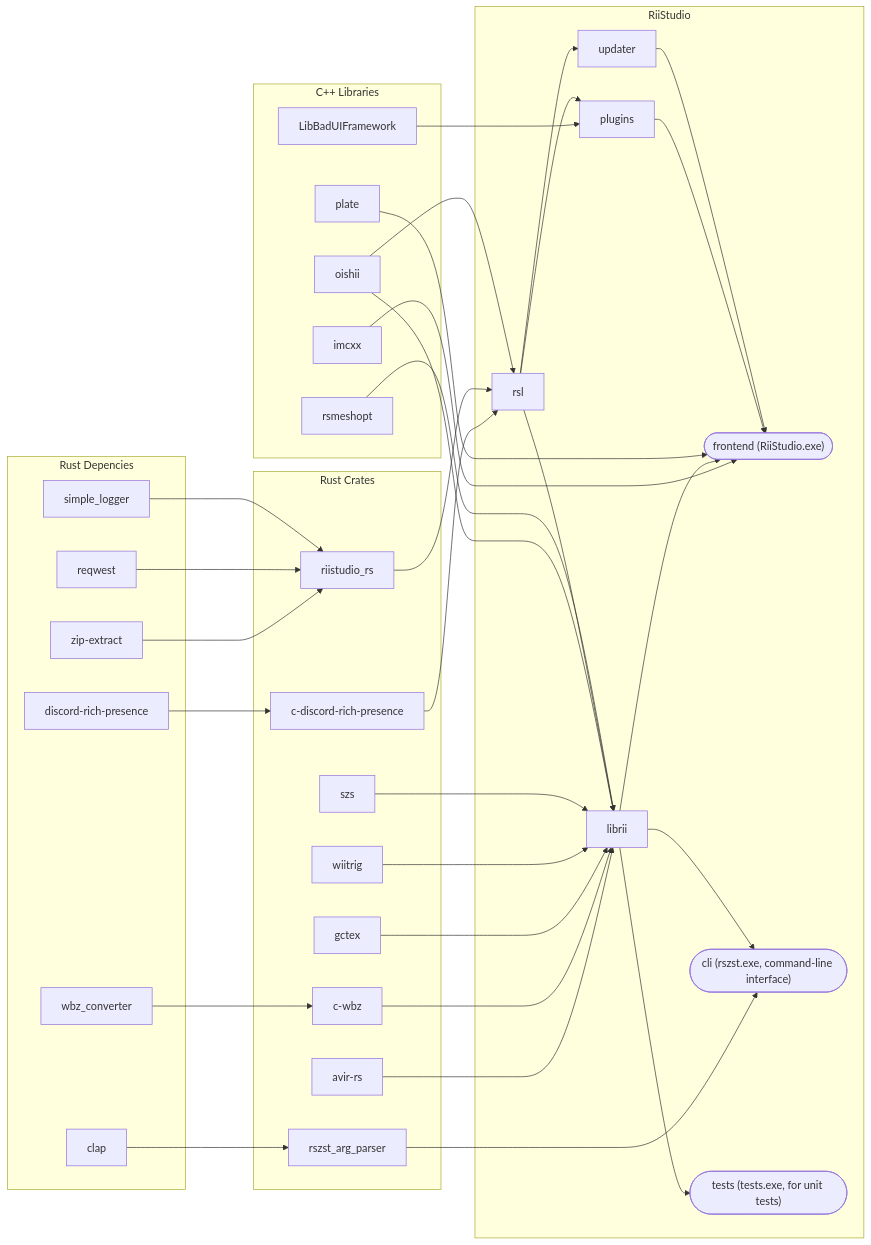
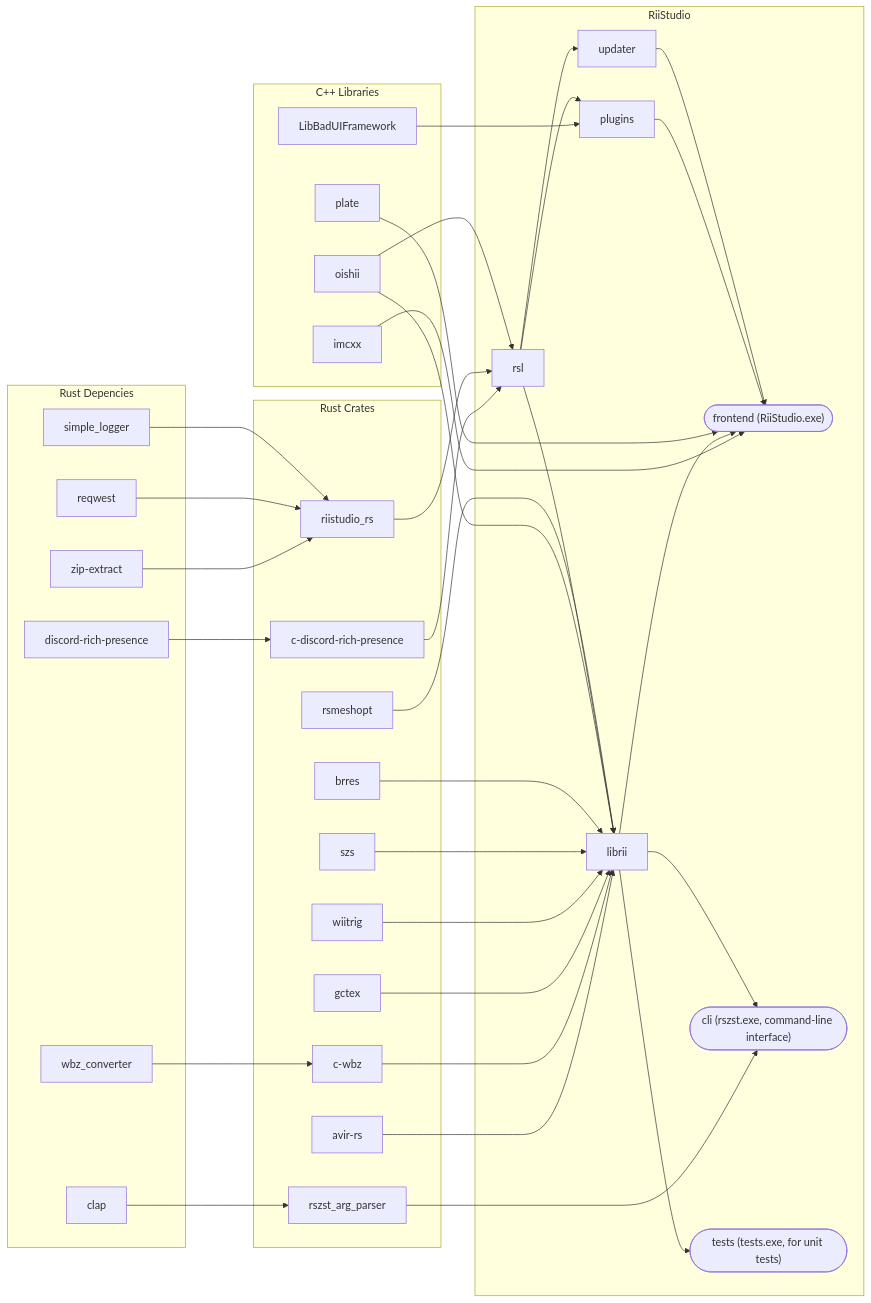
One commit to riidefi/RiiStudio changed the first of 2 diagrams in source/README.md. Above: the diagram before and after it, drawn with Mermaid. The commit also changed other lines of this file and 1 other file, not shown here.

```diff
--- a/source/README.md
+++ b/source/README.md
@@ -51,6 +52,7 @@
 
 subgraph "Rust Crates"
     avir-rs
+	brres
 	c-discord-rich-presence
 	c-wbz
 	gctex
@@ -58,13 +60,13 @@
 	szs
     rszst_arg_parser
     riistudio_rs
+	rsmeshopt
 end
 
 subgraph "C++ Libraries"
 	imcxx
 	oishii
 	plate
-	rsmeshopt
 	LibBadUIFramework
 end
 
@@ -100,6 +102,7 @@
 %%llvm --> cli & frontend & tests
 riistudio_rs -->  rsl
 szs --> librii
+brres --> librii
 
 %% core -->  LibBadUIFramework & librii & plugins & rsl & updater & cli & frontend & tests
 imcxx --> frontend
```
